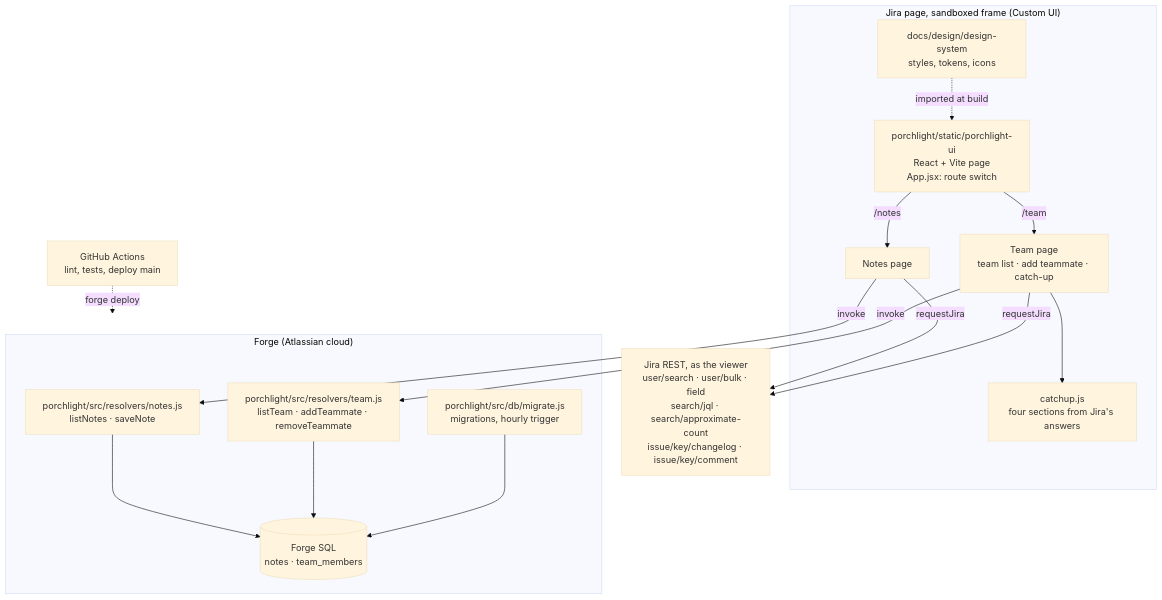
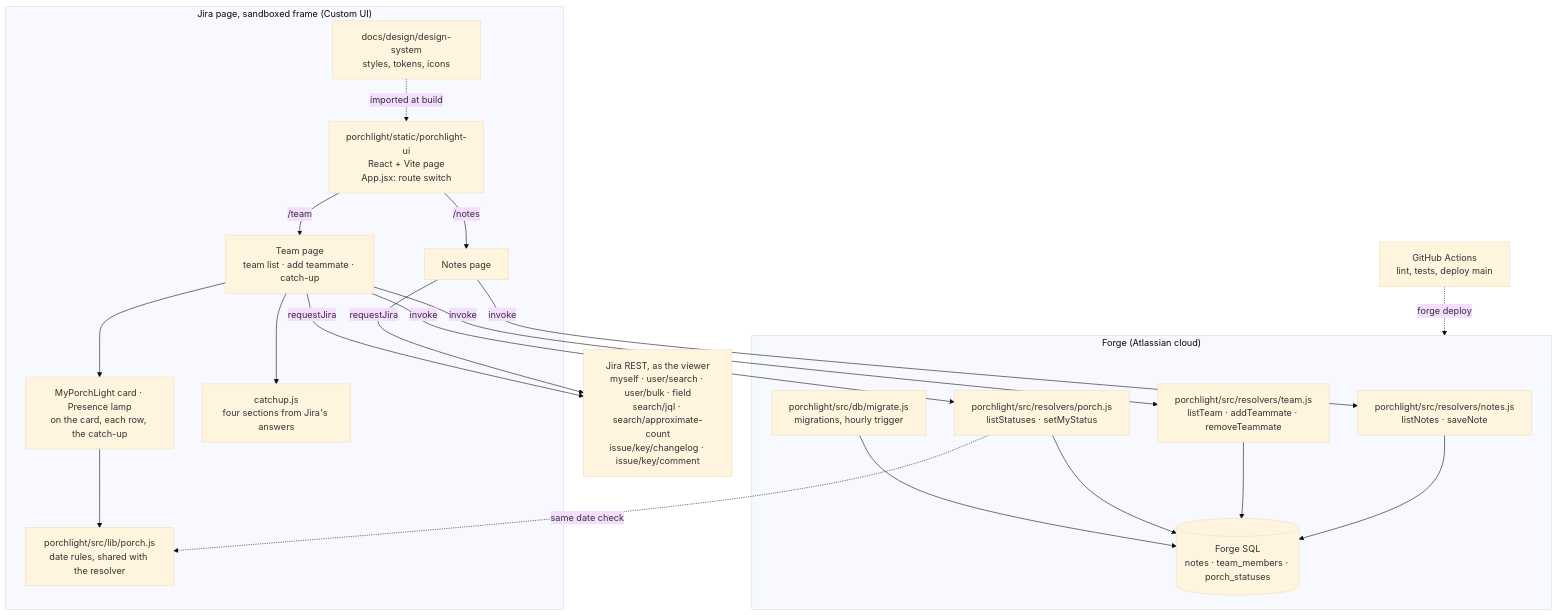
The second of 3 diagrams in docs/ARCHITECTURE.md (dzaffren/porchlight), drawn with Mermaid (base theme) before and after one commit. The commit also changed other lines of this file and 35 other files, not shown here.

First line of the commit message:
feat(porchlight): leave your porch light on when away or leaving

````diff
--- a/docs/ARCHITECTURE.md
+++ b/docs/ARCHITECTURE.md
@@ -14,28 +14,35 @@
 ```mermaid
 flowchart TB
     subgraph Browser["Jira page, sandboxed frame (Custom UI)"]
         RS["porchlight/static/porchlight-ui<br/>React + Vite page<br/>App.jsx: route switch"]
         TP["Team page<br/>team list · add teammate · catch-up"]
+        PL["MyPorchLight card · Presence lamp<br/>on the card, each row, the catch-up"]
         NP["Notes page"]
         CU["catchup.js<br/>four sections from Jira's answers"]
         DS["docs/design/design-system<br/>styles, tokens, icons"]
+        LIB["porchlight/src/lib/porch.js<br/>date rules, shared with the resolver"]
         RS -- "/team" --> TP
         RS -- "/notes" --> NP
         TP --> CU
+        TP --> PL
+        PL --> LIB
         DS -. "imported at build" .-> RS
     end
     subgraph Forge["Forge (Atlassian cloud)"]
         RN["porchlight/src/resolvers/notes.js<br/>listNotes · saveNote"]
         RT["porchlight/src/resolvers/team.js<br/>listTeam · addTeammate · removeTeammate"]
+        RP["porchlight/src/resolvers/porch.js<br/>listStatuses · setMyStatus"]
         M["porchlight/src/db/migrate.js<br/>migrations, hourly trigger"]
-        SQL[("Forge SQL<br/>notes · team_members")]
+        SQL[("Forge SQL<br/>notes · team_members · porch_statuses")]
     end
-    J["Jira REST, as the viewer<br/>user/search · user/bulk · field<br/>search/jql · search/approximate-count<br/>issue/key/changelog · issue/key/comment"]
+    J["Jira REST, as the viewer<br/>myself · user/search · user/bulk · field<br/>search/jql · search/approximate-count<br/>issue/key/changelog · issue/key/comment"]
     CI["GitHub Actions<br/>lint, tests, deploy main"]
     NP -- "invoke" --> RN --> SQL
     TP -- "invoke" --> RT --> SQL
+    TP -- "invoke" --> RP --> SQL
+    RP -. "same date check" .-> LIB
     M --> SQL
     NP -- "requestJira" --> J
     TP -- "requestJira" --> J
     CI -. "forge deploy" .-> Forge
 ```
````
